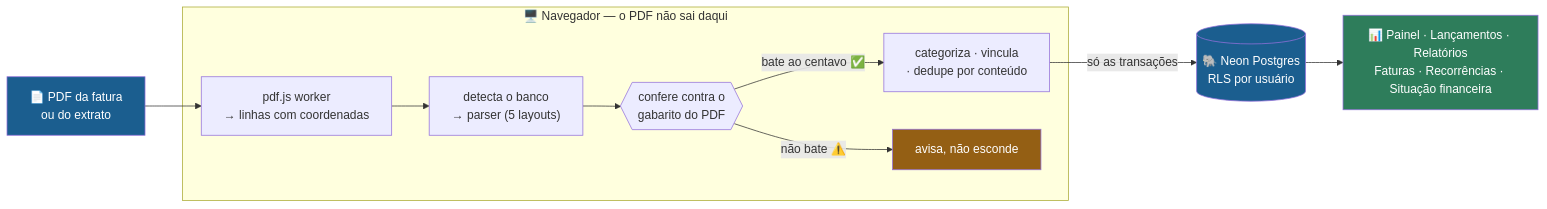
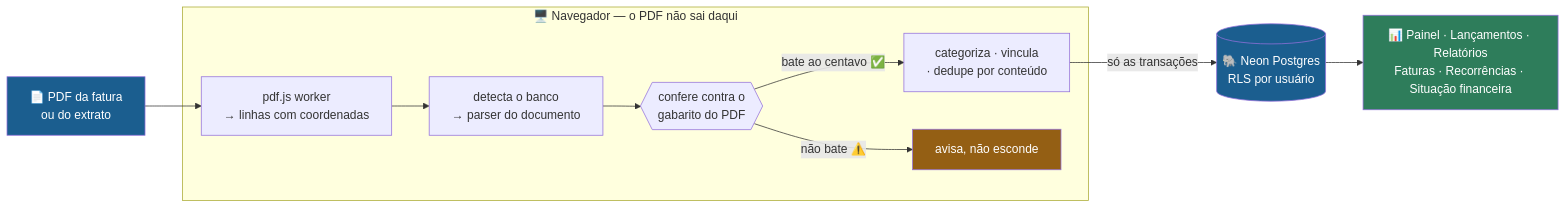
One commit to cielioqueiroz/controle-financeiro changed the first of 4 diagrams in README.md. Above: the diagram before and after it, drawn with Mermaid. The commit also changed other lines of this file and 58 other files, not shown here.

````diff
--- a/README.md
+++ b/README.md
@@ -137,25 +137,25 @@
 ```mermaid
 flowchart LR
     PDF["📄 PDF da fatura<br/>ou do extrato"]
 
     subgraph NAV ["🖥️ Navegador — o PDF não sai daqui"]
         W["pdf.js worker<br/>→ linhas com coordenadas"]
-        P["detecta o banco<br/>→ parser (5 layouts)"]
+        P["detecta o banco<br/>→ parser do documento"]
         V{{"confere contra o<br/>gabarito do PDF"}}
         C["categoriza · vincula<br/>· dedupe por conteúdo"]
         AV["avisa, não esconde"]
     end
 
     DB[("🐘 Neon Postgres<br/>RLS por usuário")]
     UI["📊 Painel · Lançamentos · Relatórios<br/>Faturas · Recorrências · Situação financeira"]
 
     PDF --> W --> P --> V
     V -->|"bate ao centavo ✅"| C
     V -->|"não bate ⚠️"| AV
     C -->|"só as transações"| DB --> UI
 
     style PDF fill:#1b5e8f,color:#fff
     style DB fill:#1b5e8f,color:#fff
     style UI fill:#2e7d5b,color:#fff
     style AV fill:#945f14,color:#fff
 ```
````
